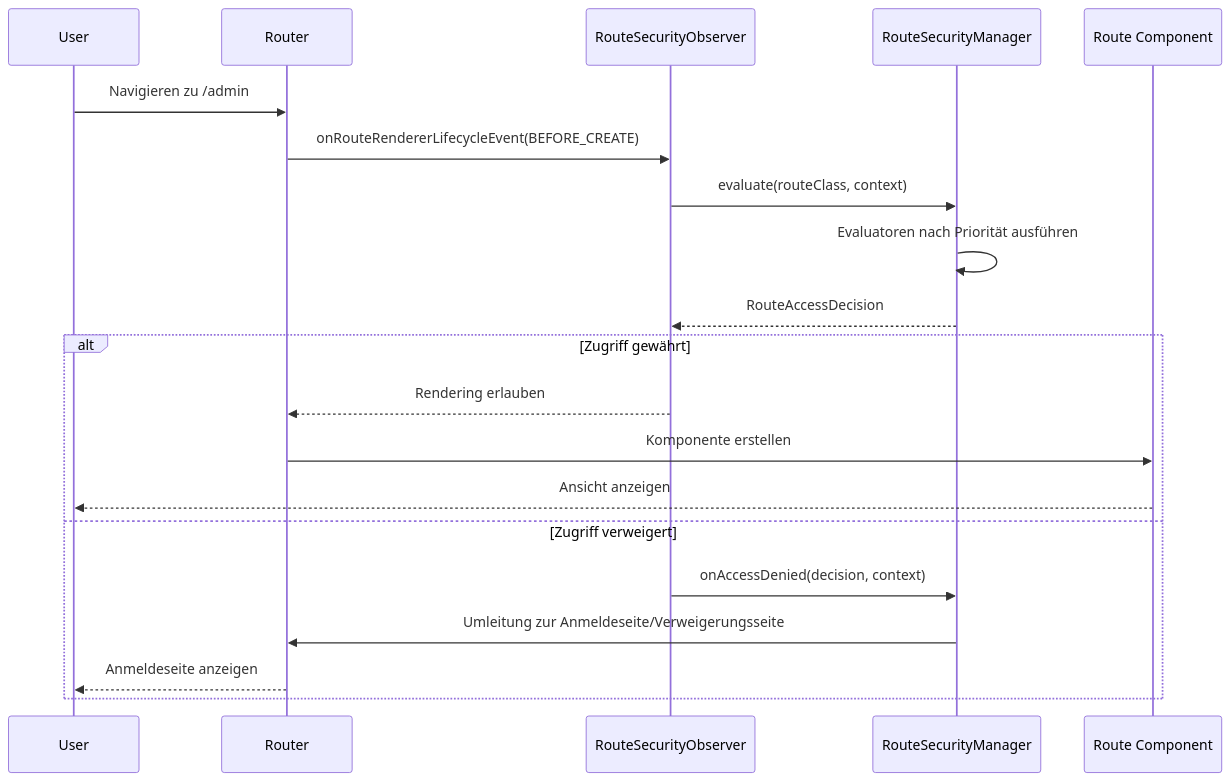
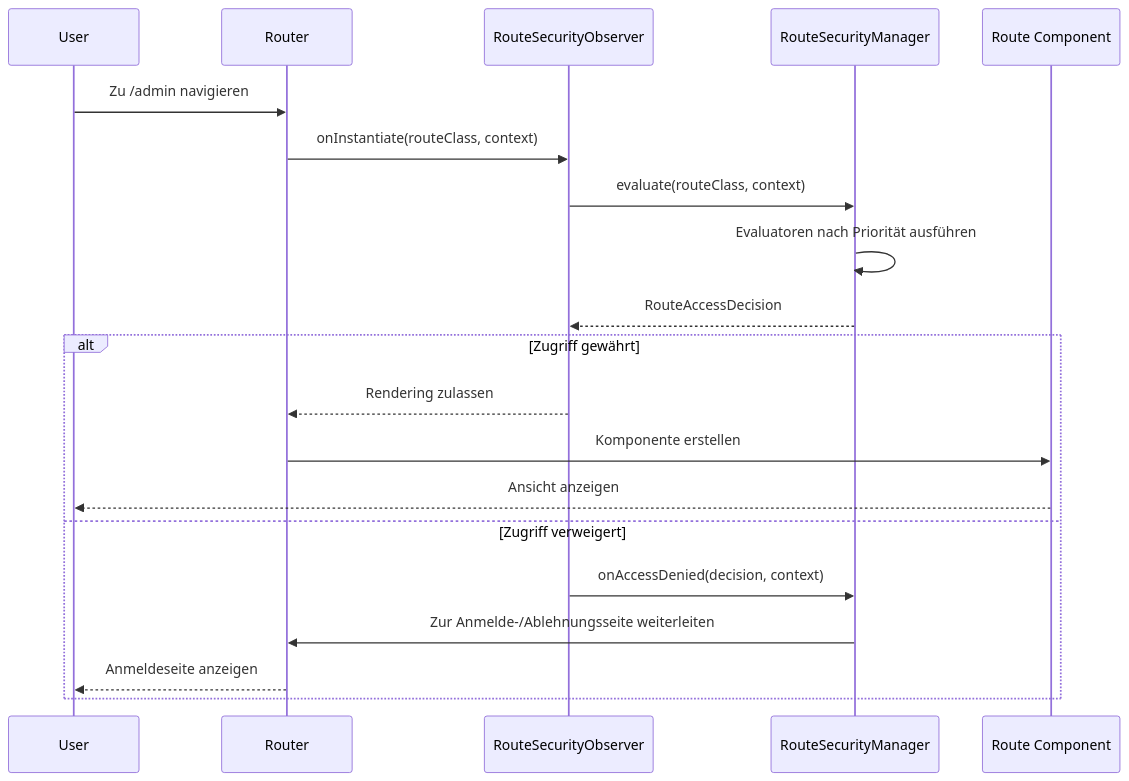
Before and after one commit to webforj/webforj-documentation: the diagram in docs/i18n/de/docusaurus-plugin-content-docs/current/security/architecture/navigation-flow.md, drawn with Mermaid. The commit also changed other lines of this file and 385 other files, not shown here.

````diff
--- a/docs/i18n/de/docusaurus-plugin-content-docs/current/security/architecture/navigation-flow.md
+++ b/docs/i18n/de/docusaurus-plugin-content-docs/current/security/architecture/navigation-flow.md
@@ -33,24 +36,24 @@
 ```mermaid
 sequenceDiagram
   participant User
   participant Router
   participant Observer as RouteSecurityObserver
   participant Manager as RouteSecurityManager
   participant Component as Route Component
 
-  User->>Router: Navigieren zu /admin
-  Router->>Observer: onRouteRendererLifecycleEvent(BEFORE_CREATE)
+  User->>Router: Zu /admin navigieren
+  Router->>Observer: onInstantiate(routeClass, context)
   Observer->>Manager: evaluate(routeClass, context)
   Manager->>Manager: Evaluatoren nach Priorität ausführen
   Manager-->>Observer: RouteAccessDecision
 
   alt Zugriff gewährt
-    Observer-->>Router: Rendering erlauben
+    Observer-->>Router: Rendering zulassen
     Router->>Component: Komponente erstellen
     Component-->>User: Ansicht anzeigen
   else Zugriff verweigert
     Observer->>Manager: onAccessDenied(decision, context)
-    Manager->>Router: Umleitung zur Anmeldeseite/Verweigerungsseite
+    Manager->>Router: Zur Anmelde-/Ablehnungsseite weiterleiten
     Router-->>User: Anmeldeseite anzeigen
   end
 ```
````
